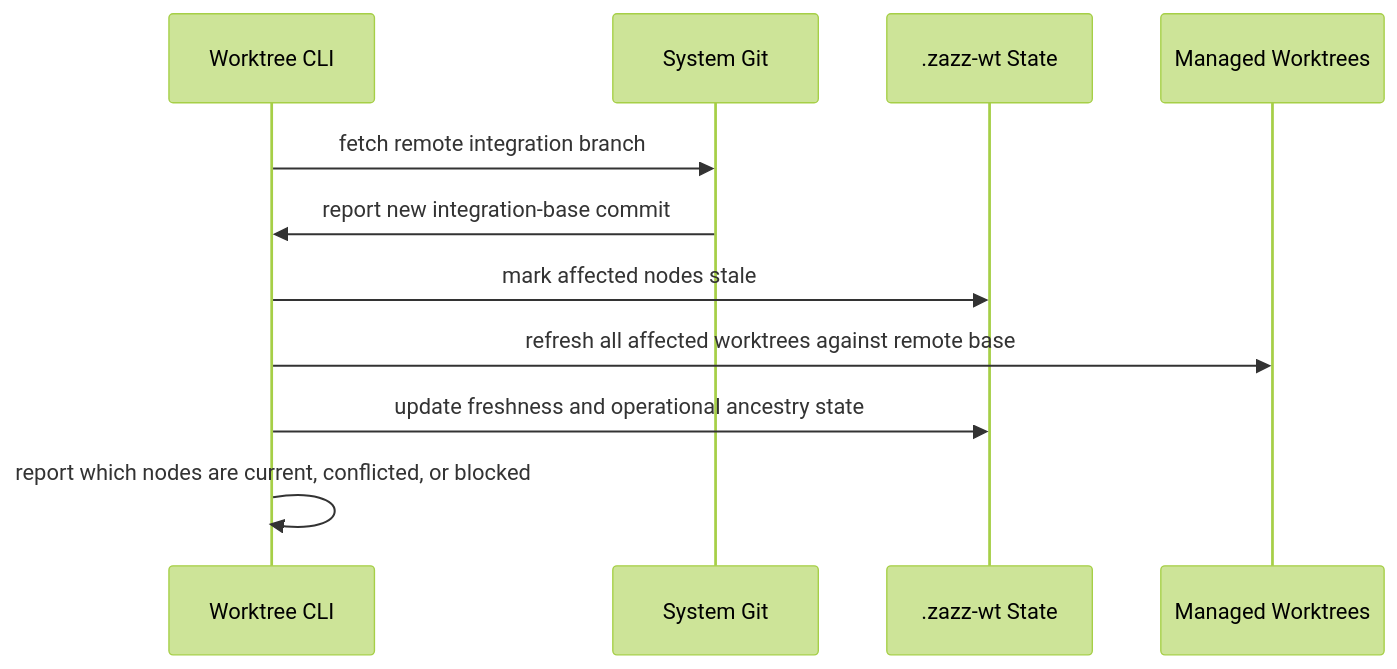
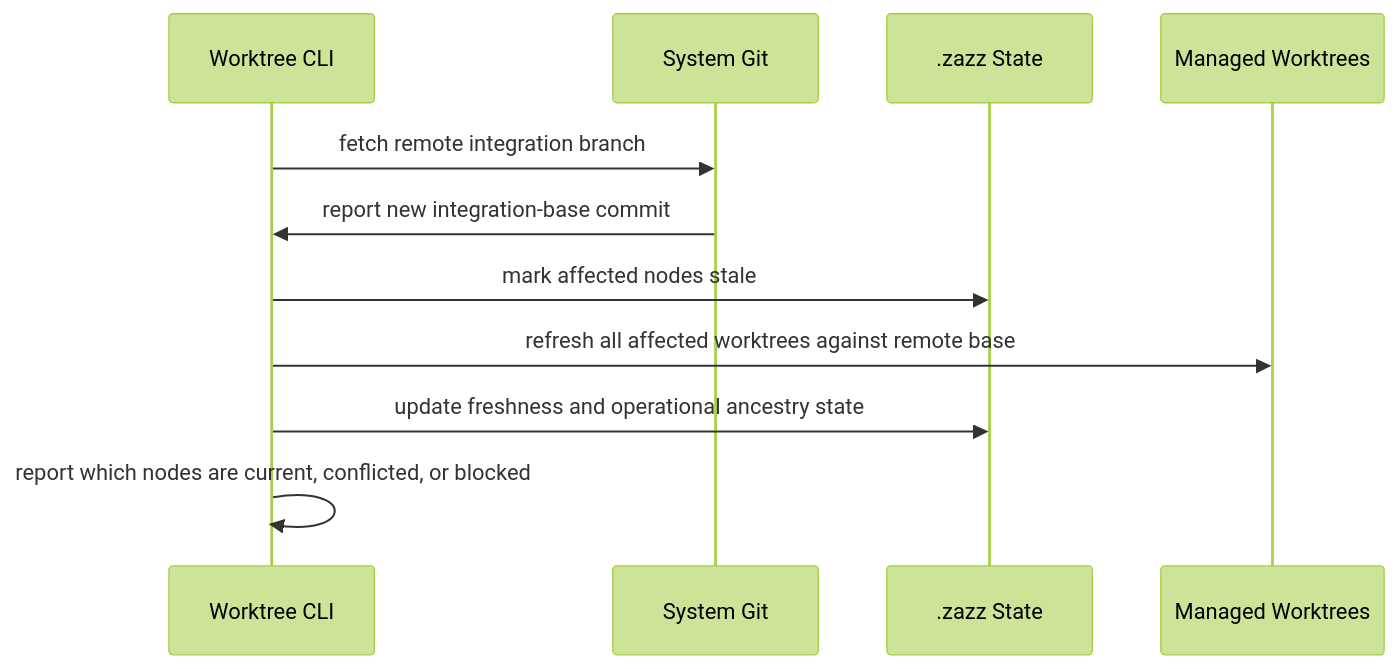
One commit to zazzcode/zazz changed the fourth of 4 diagrams in docs/features/worktree-orchestration-cli.md. Above: the diagram before and after it, drawn with Mermaid (forest theme). The commit also changed other lines of this file and 1 other file, not shown here.

````diff
--- a/docs/features/worktree-orchestration-cli.md
+++ b/docs/features/worktree-orchestration-cli.md
@@ -113,14 +113,14 @@
 ```mermaid
 sequenceDiagram
     participant CLI as Worktree CLI
     participant GIT as System Git
-    participant DAG as .zazz-wt State
+    participant DAG as .zazz State
     participant WT as Managed Worktrees
 
     CLI->>GIT: fetch remote integration branch
     GIT->>CLI: report new integration-base commit
     CLI->>DAG: mark affected nodes stale
     CLI->>WT: refresh all affected worktrees against remote base
     CLI->>DAG: update freshness and operational ancestry state
     CLI->>CLI: report which nodes are current, conflicted, or blocked
 ```
````
